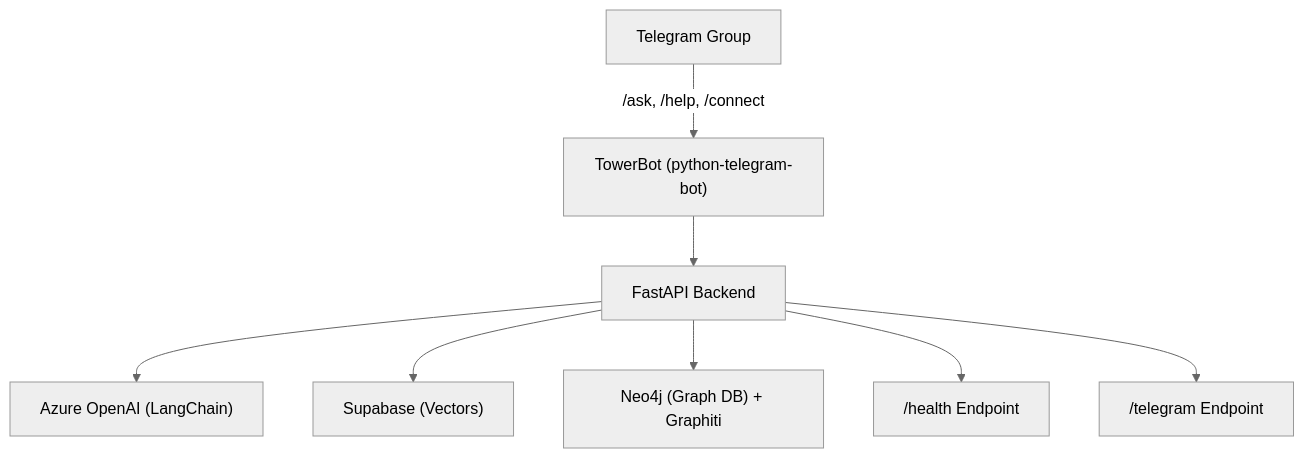
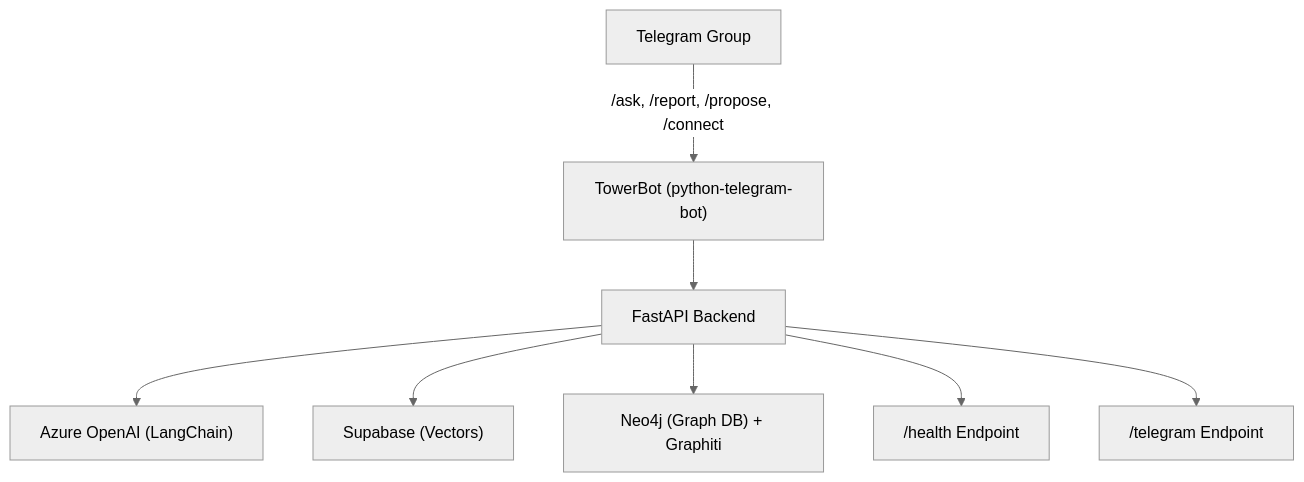
The diagram in README.md (frontiertower/towerbot), drawn with Mermaid (neutral theme) before and after one commit. The commit also changed other lines of this file and 4 other files, not shown here.

````diff
--- a/README.md
+++ b/README.md
@@ -119,10 +122,10 @@
 ```mermaid
 graph TD;
-  TG["Telegram Group"] -->|/ask, /help, /connect| BOT["TowerBot (python-telegram-bot)"]
+  TG["Telegram Group"] -->|/ask, /report, /propose, /connect| BOT["TowerBot (python-telegram-bot)"]
   BOT --> API["FastAPI Backend"]
   API --> AI["Azure OpenAI (LangChain)"]
   API --> DB["Supabase (Vectors)"]
   API --> GRAPH["Neo4j (Graph DB) + Graphiti"]
   API --> Health["/health Endpoint"]
   API --> Webhook["/telegram Endpoint"]
 ```
````
